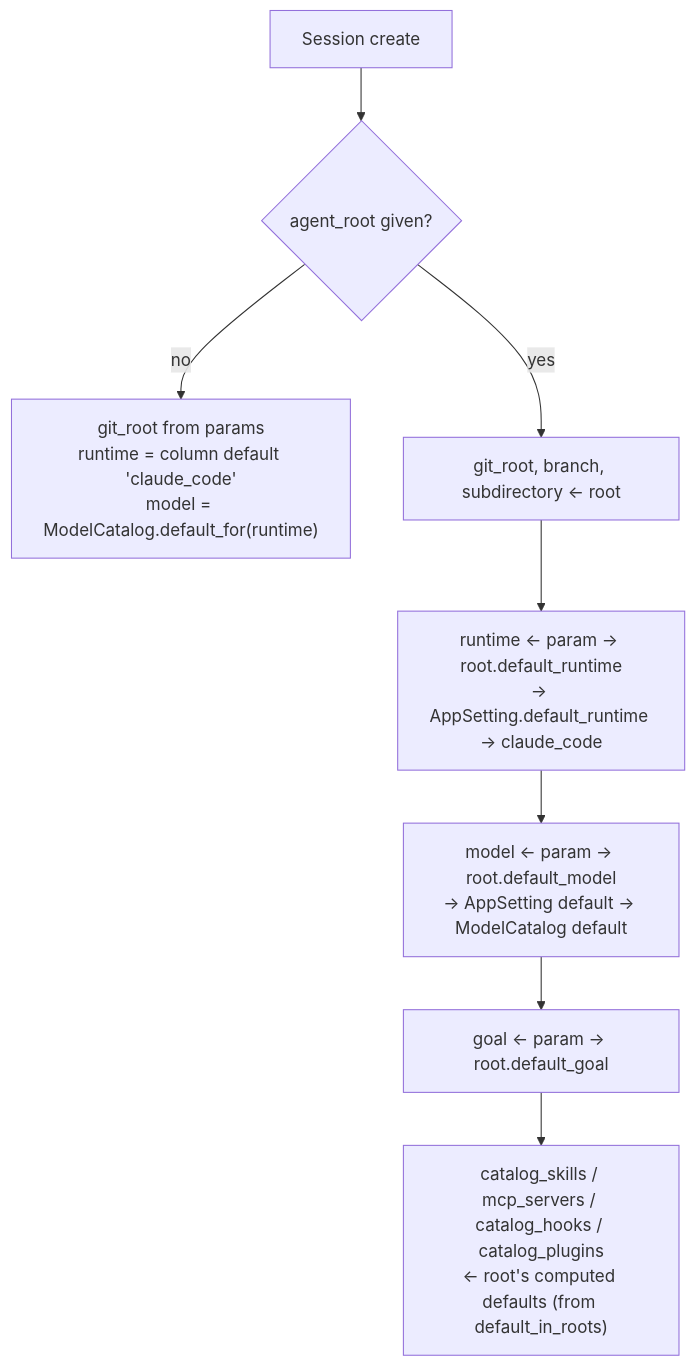
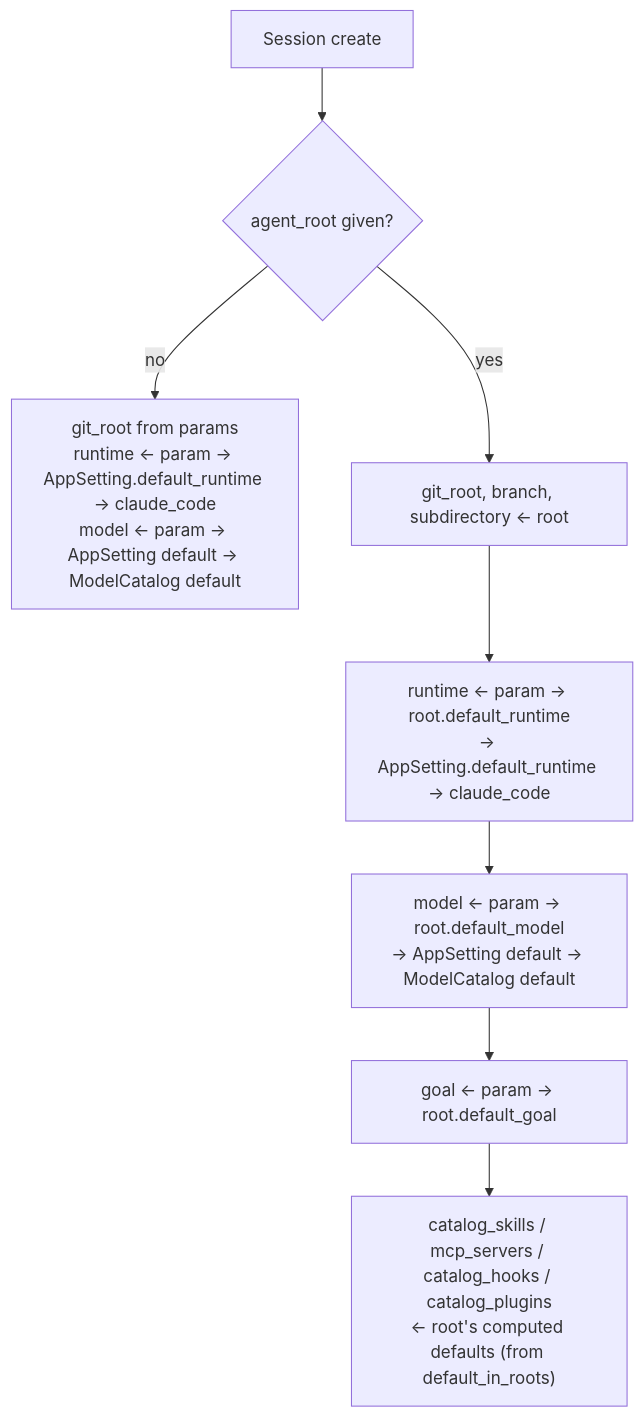
The second of 2 diagrams in docs/src/content/docs/air/agent-roots.md (tadasant/zimmer), drawn with Mermaid before and after one commit. The commit also changed other lines of this file and 9 other files, not shown here.

````diff
--- a/docs/src/content/docs/air/agent-roots.md
+++ b/docs/src/content/docs/air/agent-roots.md
@@ -222,10 +223,10 @@
 ```mermaid
 flowchart TD
     C["Session create"] --> R{"agent_root given?"}
-    R -->|no| D["git_root from params<br/>runtime = column default 'claude_code'<br/>model = ModelCatalog.default_for(runtime)"]
+    R -->|no| D["git_root from params<br/>runtime ← param → AppSetting.default_runtime → claude_code<br/>model ← param → AppSetting default → ModelCatalog default"]
     R -->|yes| A["git_root, branch, subdirectory ← root"]
     A --> RT["runtime ← param → root.default_runtime<br/>→ AppSetting.default_runtime → claude_code"]
     RT --> M["model ← param → root.default_model<br/>→ AppSetting default → ModelCatalog default"]
     M --> G["goal ← param → root.default_goal"]
     G --> ART["catalog_skills / mcp_servers / catalog_hooks / catalog_plugins<br/>← root's computed defaults (from default_in_roots)"]
 ```
````
